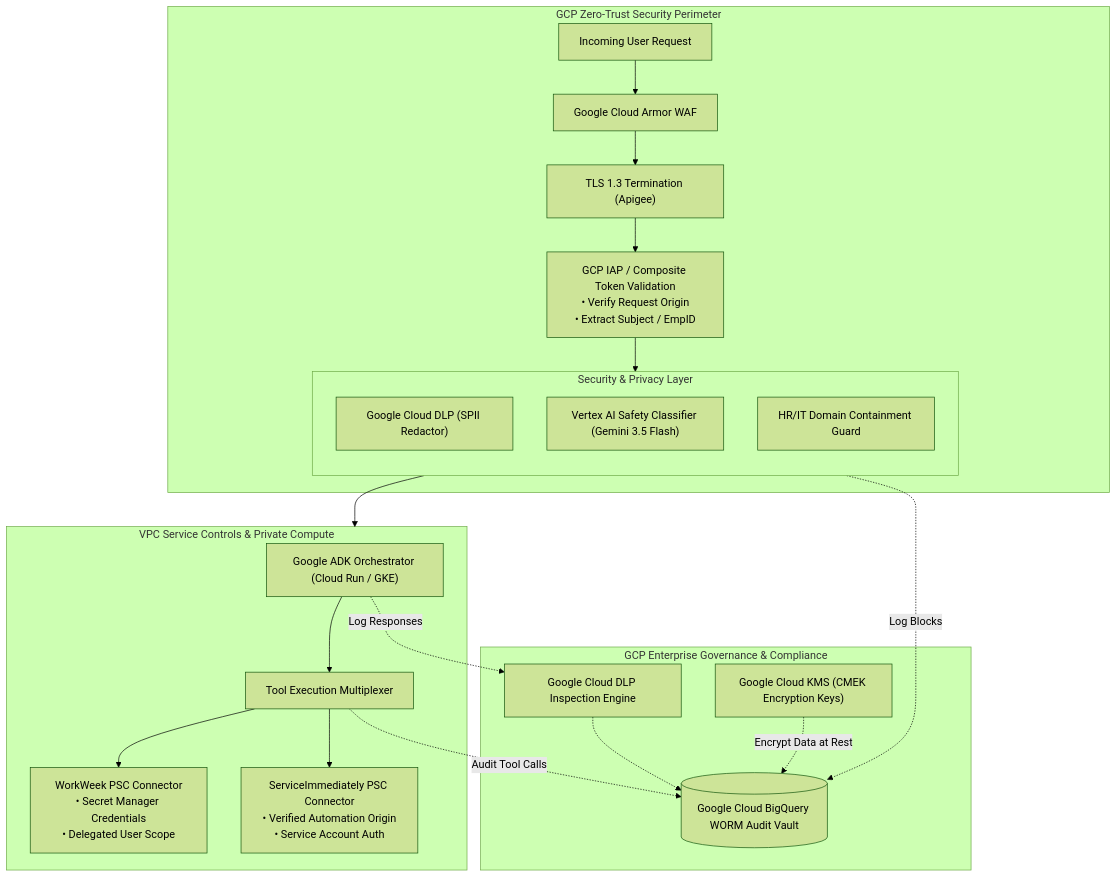
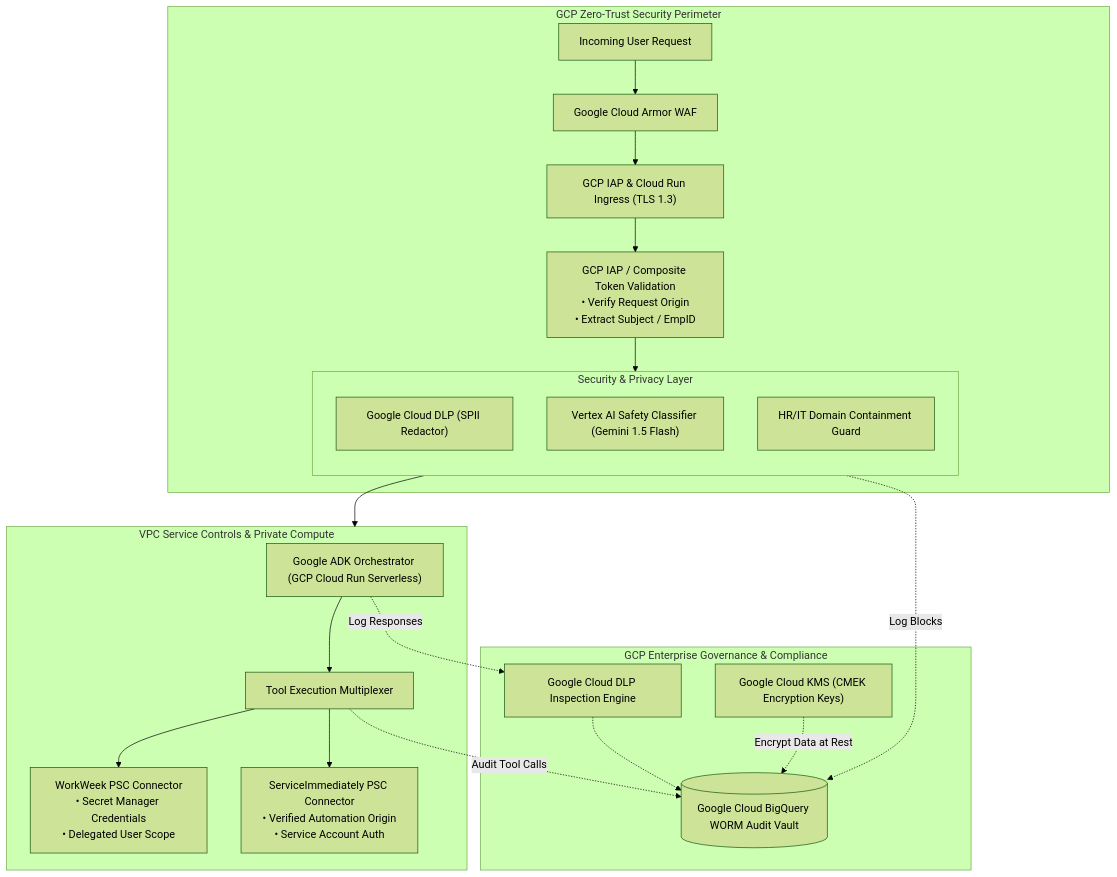
Before and after one commit to SushantJagdale/elevate-hr-agentic-solution: the seventh of 10 diagrams in Consolidated_SDD.md, drawn with Mermaid (forest theme). The commit also changed other lines of this file, not shown here.

````diff
--- a/Consolidated_SDD.md
+++ b/Consolidated_SDD.md
@@ -509,38 +509,38 @@
 ```mermaid
 flowchart TD
     subgraph ZeroTrustPerimeter ["GCP Zero-Trust Security Perimeter"]
         ClientReq["Incoming User Request"] --> CloudArmor["Google Cloud Armor WAF"]
-        CloudArmor --> TLS["TLS 1.3 Termination (Apigee)"]
+        CloudArmor --> TLS["GCP IAP & Cloud Run Ingress (TLS 1.3)"]
         TLS --> TokenVal["GCP IAP / Composite Token Validation\n• Verify Request Origin\n• Extract Subject / EmpID"]
         
         TokenVal --> SecFilter["GCP Security & Privacy Interceptor"]
         
         subgraph SecFilter ["Security & Privacy Layer"]
             direction TB
             PIIMask["Google Cloud DLP (SPII Redactor)"]
-            InjCheck["Vertex AI Safety Classifier (Gemini 3.5 Flash)"]
+            InjCheck["Vertex AI Safety Classifier (Gemini 1.5 Flash)"]
             TopicBound["HR/IT Domain Containment Guard"]
         end
     end
 
     SecFilter --> IsolatedVPC["GCP VPC-SC Isolated Agent Core"]
 
     subgraph IsolatedVPC ["VPC Service Controls & Private Compute"]
-        AgentEngine["Google ADK Orchestrator (Cloud Run / GKE)"]
+        AgentEngine["Google ADK Orchestrator (GCP Cloud Run Serverless)"]
         AgentEngine --> ToolCallMux["Tool Execution Multiplexer"]
         
         ToolCallMux --> WW_ACL["WorkWeek PSC Connector\n• Secret Manager Credentials\n• Delegated User Scope"]
         ToolCallMux --> SM_ACL["ServiceImmediately PSC Connector\n• Verified Automation Origin\n• Service Account Auth"]
     end
 
     subgraph GovernanceAudit ["GCP Enterprise Governance & Compliance"]
         WORM[("Google Cloud BigQuery WORM Audit Vault")]
         DLP["Google Cloud DLP Inspection Engine"]
         KMS["Google Cloud KMS (CMEK Encryption Keys)"]
     end
 
     ToolCallMux -.->|Audit Tool Calls| WORM
     SecFilter -.->|Log Blocks| WORM
     AgentEngine -.->|Log Responses| DLP -.-> WORM
     KMS -.->|Encrypt Data at Rest| WORM
 ```
````
